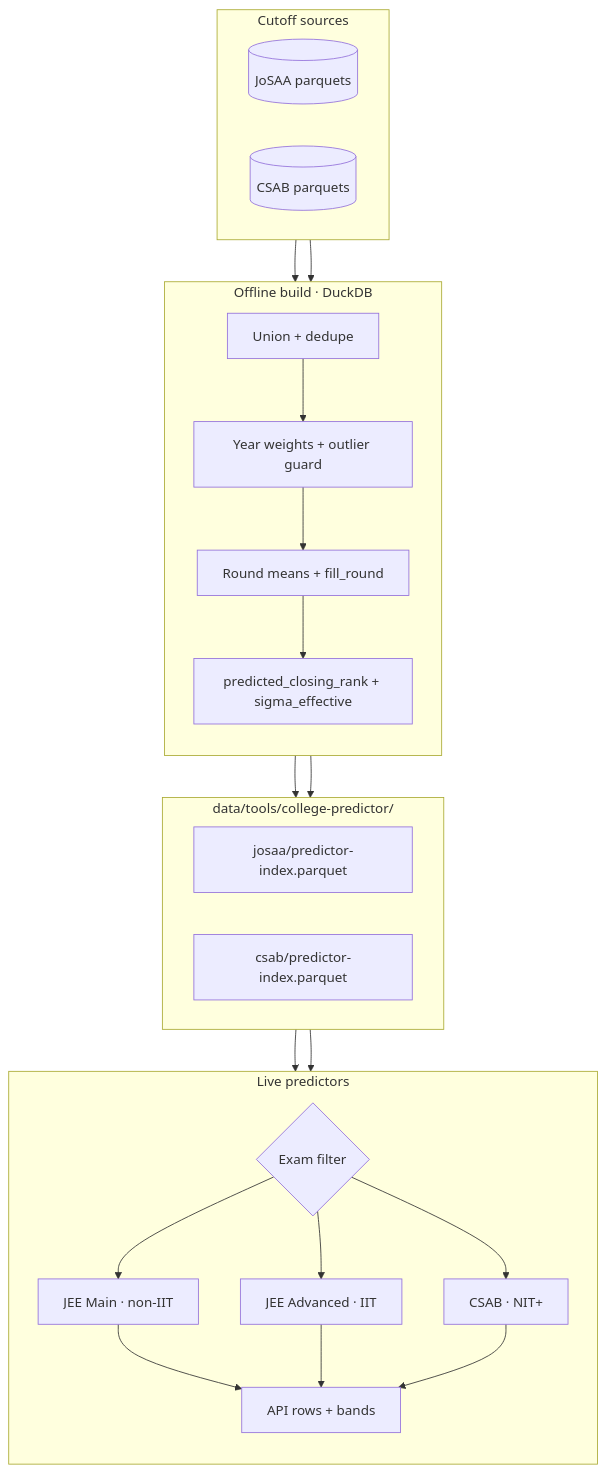
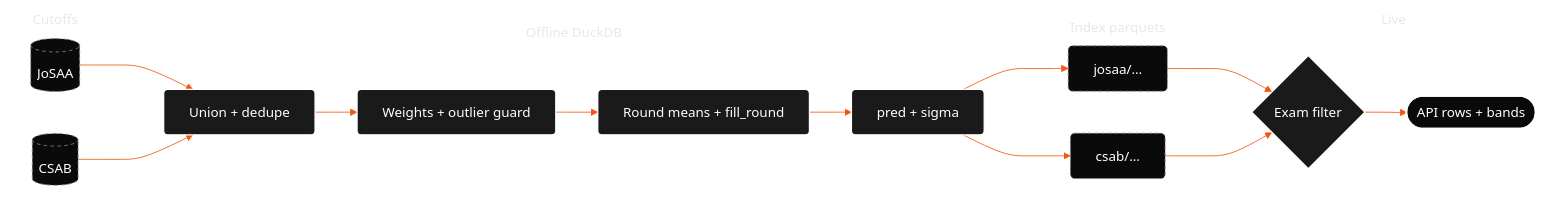
The diagram in docs/college-predictor/nerd-stuff/index-algorithms.md (su6u/ejam), drawn with Mermaid before and after one commit. The commit also changed other lines of this file and 9 other files, not shown here.

Commit message:
docs(predictor): rewrite college predictor docs for new bands

````diff
--- a/docs/college-predictor/nerd-stuff/index-algorithms.md
+++ b/docs/college-predictor/nerd-stuff/index-algorithms.md
@@ -14,43 +14,38 @@
 ```mermaid
-flowchart TB
-    subgraph sources["Cutoff sources"]
-        direction LR
-        J[(JoSAA parquets)]
-        C[(CSAB parquets)]
+%%{init: {'theme': 'base', 'themeVariables': { 'primaryColor': '#0A0A0A', 'primaryTextColor': '#FFFFFF', 'primaryBorderColor': '#FFFFFF', 'lineColor': '#F45611', 'nodeBorder': '#FFFFFF', 'mainBkg': '#0A0A0A', 'edgeLabelBackground': 'transparent', 'clusterBkg': 'transparent', 'clusterBorder': 'transparent'}}}%%
+flowchart LR
+    classDef data fill:#0A0A0A,stroke:#888,stroke-width:1px,stroke-dasharray: 4 4,color:#FFF,rx:5px,ry:5px;
+    classDef engine fill:#1A1A1A,stroke:#FFF,stroke-width:1.5px,color:#FFF,rx:5px,ry:5px;
+    classDef out fill:#0A0A0A,stroke:#FFF,stroke-width:2px,color:#FFF,rx:15px,ry:15px;
+
+    subgraph Sources [ Cutoffs ]
+        J[(JoSAA)]:::data
+        C[(CSAB)]:::data
     end
 
-    subgraph build["Offline build · DuckDB"]
-        direction TB
-        U[Union + dedupe]
-        W[Year weights + outlier guard]
-        R[Round means + fill_round]
-        P[predicted_closing_rank + sigma_effective]
+    subgraph Build [ Offline DuckDB ]
+        U[Union + dedupe]:::engine
+        W[Weights + outlier guard]:::engine
+        R[Round means + fill_round]:::engine
+        P[pred + sigma]:::engine
         U --> W --> R --> P
     end
 
-    subgraph tools["data/tools/college-predictor/"]
-        direction LR
-        I1[josaa/predictor-index.parquet]
-        I2[csab/predictor-index.parquet]
+    subgraph Index [ Index parquets ]
+        I1[josaa/…]:::data
+        I2[csab/…]:::data
     end
 
-    subgraph runtime["Live predictors"]
-        direction TB
-        F{Exam filter}
-        M[JEE Main · non-IIT]
-        A[JEE Advanced · IIT]
-        S[CSAB · NIT+]
-        OUT[API rows + bands]
+    subgraph Live [ Live ]
+        F{Exam filter}:::engine
+        Out([API rows + bands]):::out
     end
 
     J --> U
     C --> U
     P --> I1
     P --> I2
     I1 --> F
     I2 --> F
-    F --> M & A & S
-    M --> OUT
-    A --> OUT
-    S --> OUT
+    F --> Out
 ```
````
